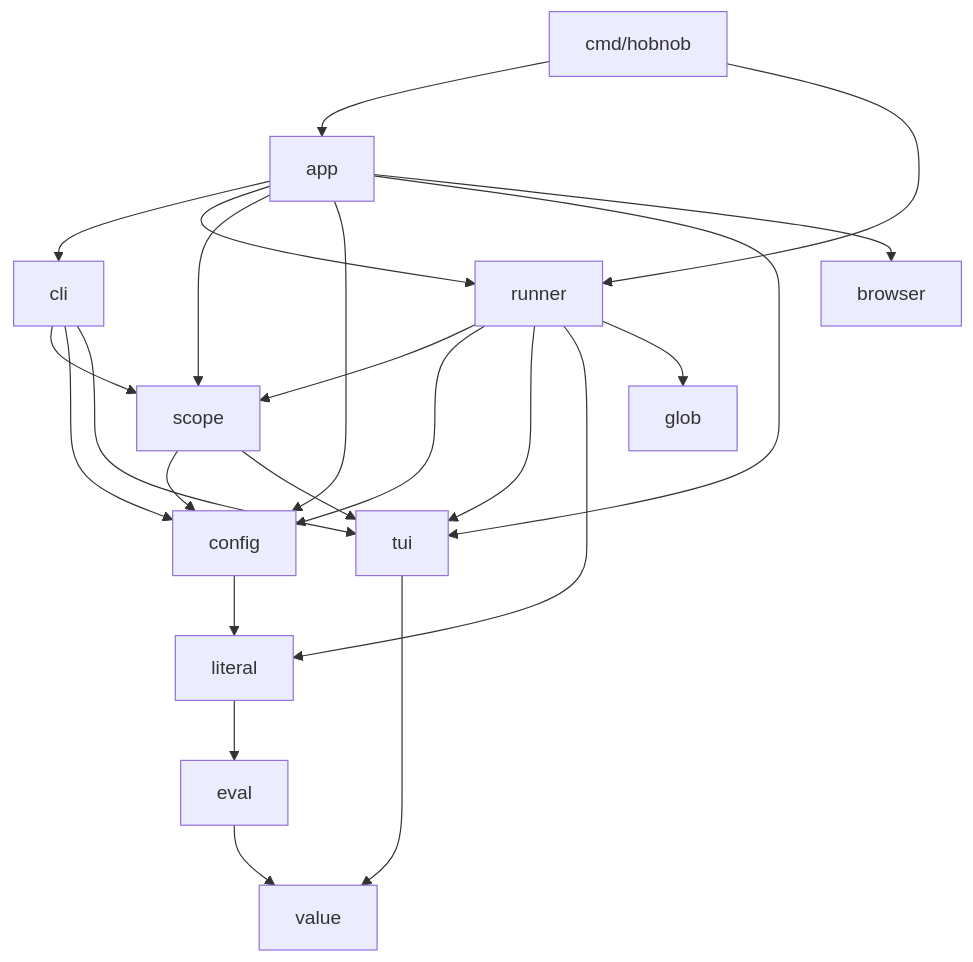
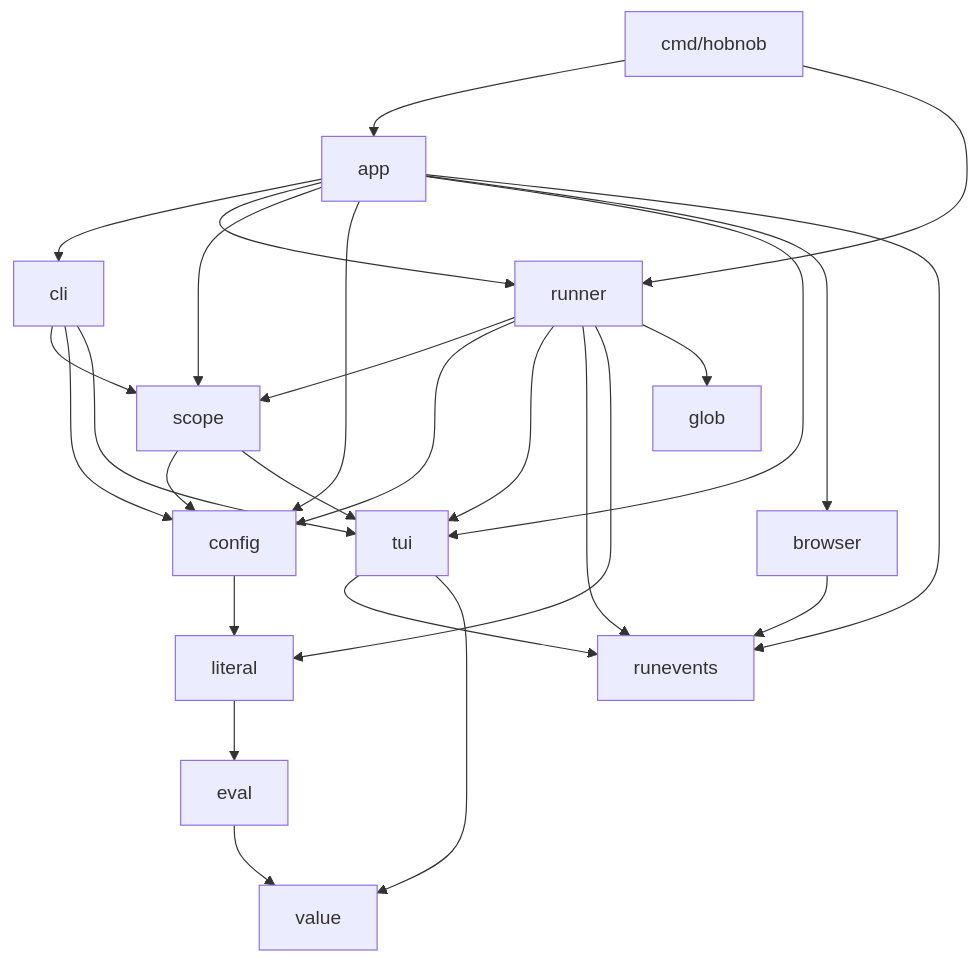
One commit to JakesMD/hobnob changed the first of 7 diagrams in ARCHITECTURE.md. Above: the diagram before and after it, drawn with Mermaid. The commit also changed other lines of this file and 28 other files, not shown here.

````diff
--- a/ARCHITECTURE.md
+++ b/ARCHITECTURE.md
@@ -100,25 +106,29 @@
 ```mermaid
 flowchart TD
     cmd[cmd/hobnob] --> app
     cmd --> runner
     app --> cli
     app --> runner
     app --> scope
     app --> config
     app --> tui
     app --> browser
     cli --> scope
     cli --> config
     cli --> tui
     runner --> scope
     runner --> config
     runner --> tui
+    runner --> runevents
     runner --> literal
     runner --> glob
     scope --> config
     scope --> tui
+    app --> runevents
+    tui --> runevents
+    browser --> runevents
     config --> literal
     literal --> eval
     eval --> value
     tui --> value
 ```
````
